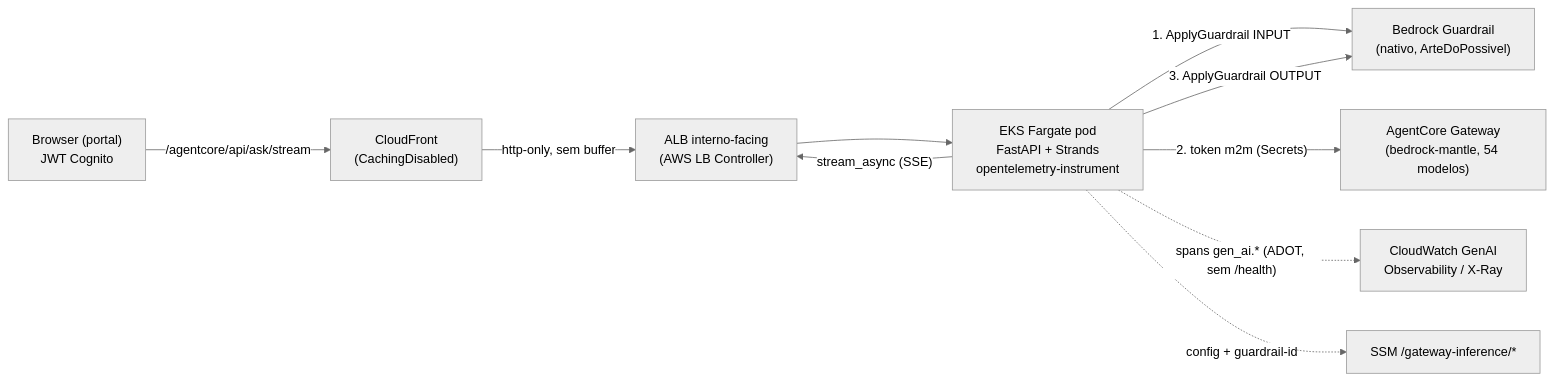
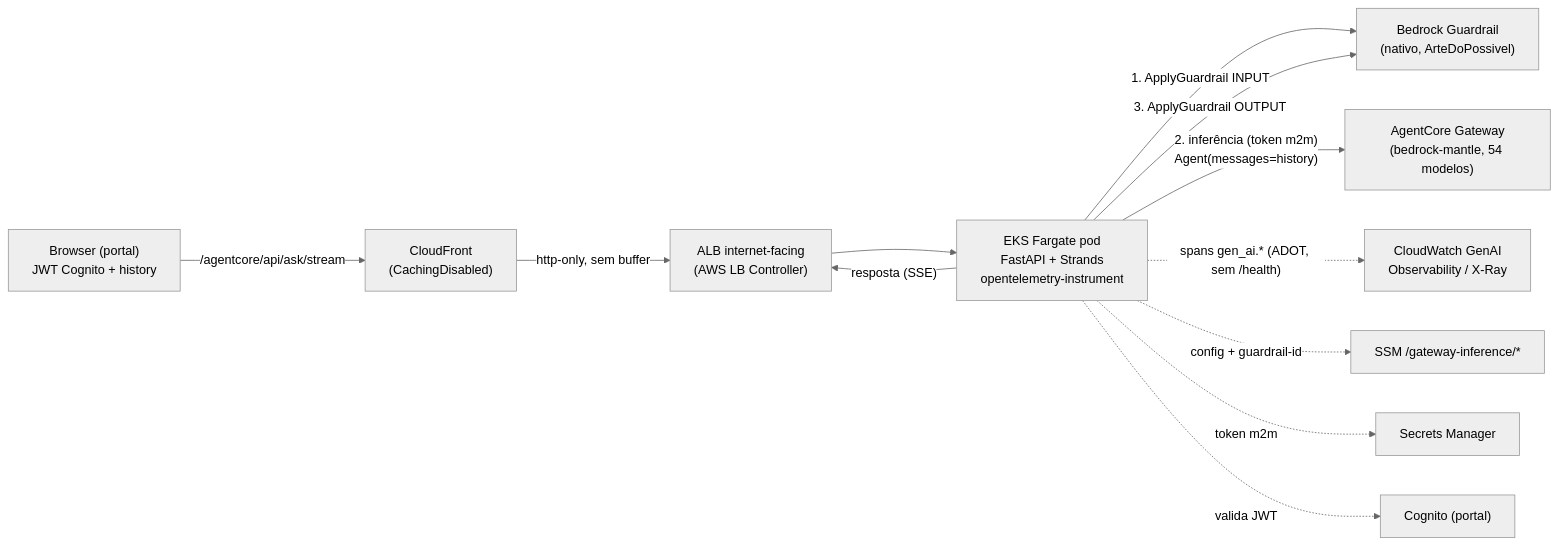
Before and after one commit to wembleycarvalho/exam-correction-v2: the diagram in agentcore-gateway-inference/eks/README.md, drawn with Mermaid (neutral theme). The commit also changed other lines of this file and 2 other files, not shown here.

First line of the commit message:
docs(gateway-inference): atualiza README + diagrama de arquitetura (PNG)

````diff
--- a/agentcore-gateway-inference/eks/README.md
+++ b/agentcore-gateway-inference/eks/README.md
@@ -25,12 +38,14 @@
 ```mermaid
 flowchart LR
-  B["Browser (portal)<br/>JWT Cognito"] -->|"/agentcore/api/ask/stream"| CF["CloudFront<br/>(CachingDisabled)"]
-  CF -->|http-only, sem buffer| ALB["ALB interno-facing<br/>(AWS LB Controller)"]
+  B["Browser (portal)<br/>JWT Cognito + history"] -->|"/agentcore/api/ask/stream"| CF["CloudFront<br/>(CachingDisabled)"]
+  CF -->|http-only, sem buffer| ALB["ALB internet-facing<br/>(AWS LB Controller)"]
   ALB --> POD["EKS Fargate pod<br/>FastAPI + Strands<br/>opentelemetry-instrument"]
   POD -->|"1. ApplyGuardrail INPUT"| GR["Bedrock Guardrail<br/>(nativo, ArteDoPossivel)"]
-  POD -->|"2. token m2m (Secrets)"| GW["AgentCore Gateway<br/>(bedrock-mantle, 54 modelos)"]
+  POD -->|"2. inferência (token m2m)<br/>Agent(messages=history)"| GW["AgentCore Gateway<br/>(bedrock-mantle, 54 modelos)"]
   POD -->|"3. ApplyGuardrail OUTPUT"| GR
-  POD -->|"stream_async (SSE)"| ALB
+  POD -->|"resposta (SSE)"| ALB
   POD -.->|"spans gen_ai.* (ADOT, sem /health)"| XR["CloudWatch GenAI<br/>Observability / X-Ray"]
   POD -.->|"config + guardrail-id"| SSM["SSM /gateway-inference/*"]
+  POD -.->|"token m2m"| SEC["Secrets Manager"]
+  POD -.->|"valida JWT"| COG["Cognito (portal)"]
 ```
````
